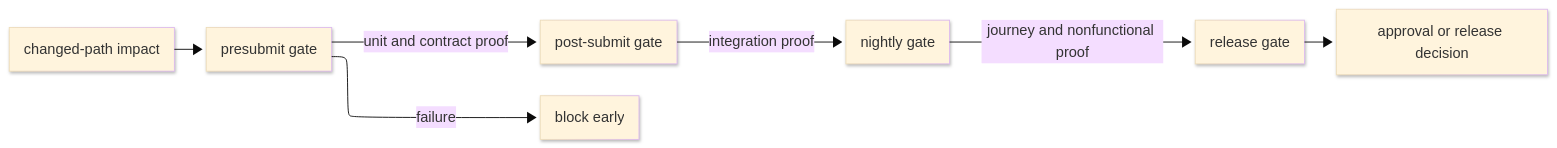
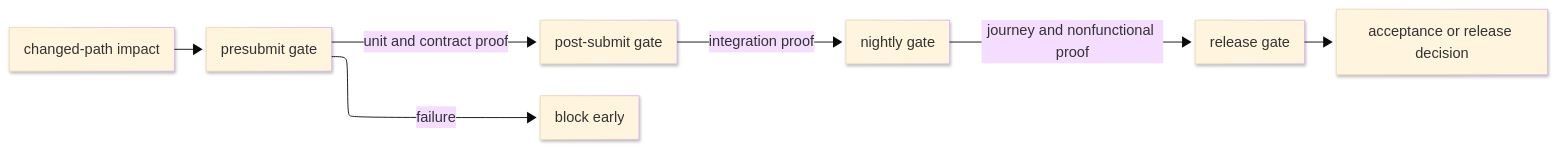
Before and after one commit to bsamiee/Rasm: the diagram in docs/standards/explanation/test-strategy.md, drawn with Mermaid. The commit also changed other lines of this file and 21 other files, not shown here.

````diff
--- a/docs/standards/explanation/test-strategy.md
+++ b/docs/standards/explanation/test-strategy.md
@@ -251,21 +286,21 @@
 ```mermaid
 ---
 config:
   layout: elk
   look: neo
   theme: base
   elk:
     mergeEdges: false
     nodePlacementStrategy: BRANDES_KOEPF
     cycleBreakingStrategy: GREEDY_MODEL_ORDER
 ---
 flowchart LR
     accTitle: Test gate latency order
-    accDescr: Testing gates move from presubmit through post-submit, nightly, and release gates, with failures blocking early and later gates adding broader proof before approval or release.
+    accDescr: Testing gates move from presubmit through post-submit, nightly, and release gates, with failures blocking early and later gates adding broader proof before acceptance or release.
     Change["changed-path impact"] --> Presubmit["presubmit gate"]
     Presubmit -->|unit and contract proof| PostSubmit["post-submit gate"]
     PostSubmit -->|integration proof| Nightly["nightly gate"]
     Nightly -->|journey and nonfunctional proof| Release["release gate"]
-    Release --> Decision["approval or release decision"]
+    Release --> Decision["acceptance or release decision"]
     Presubmit -->|failure| Block["block early"]
 ```
````
